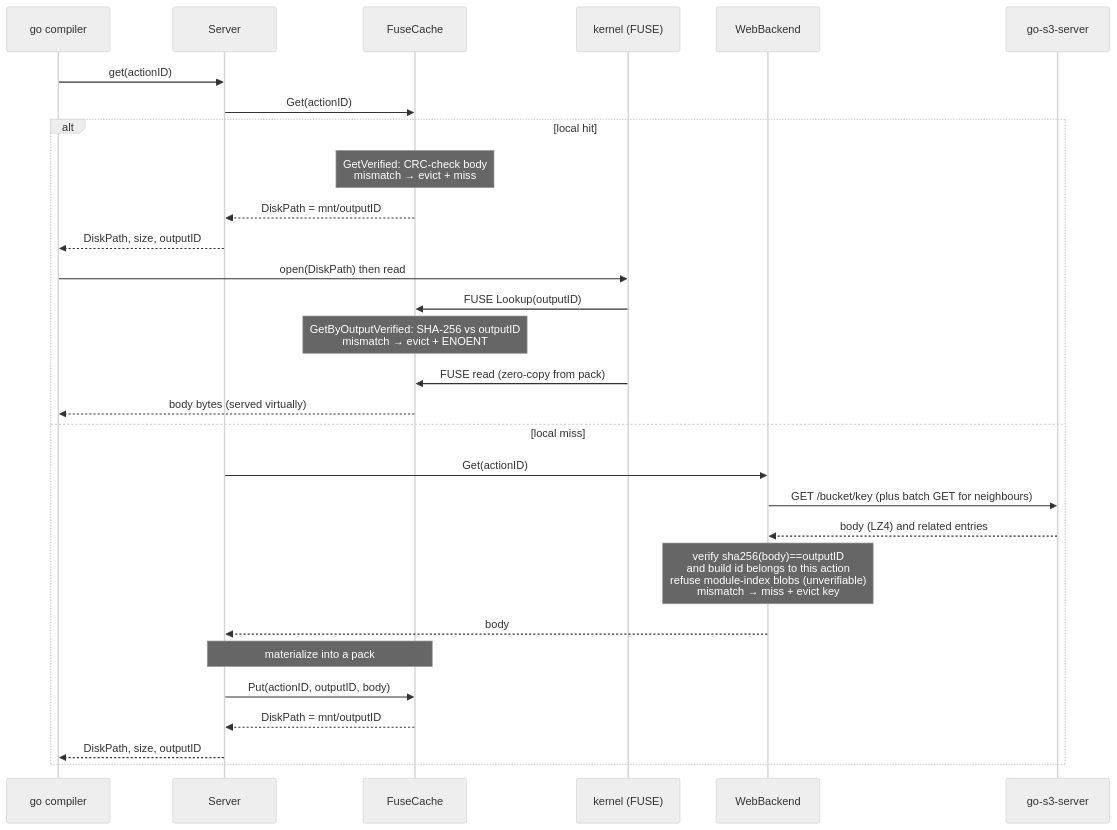
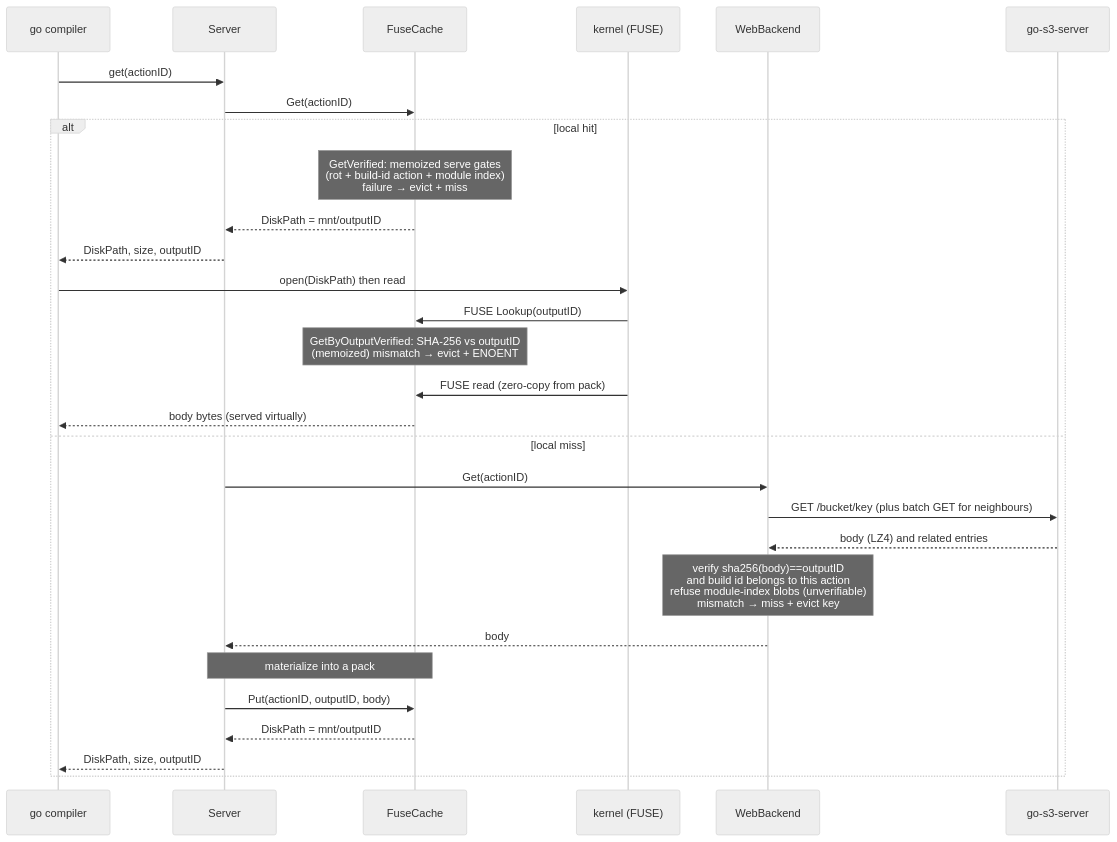
The fourth of 6 diagrams in docs/CACHE.md (wow-look-at-my/go-toolchain), drawn with Mermaid (neutral theme) before and after one commit. The commit also changed other lines of this file and 53 other files, not shown here.

First line of the commit message:
Cache reliability + speed: verified reads on every tier, upload/reclaim fixes, per-action build profiling, provenance metadata (#274)

````diff
--- a/docs/CACHE.md
+++ b/docs/CACHE.md
@@ -240,32 +276,32 @@
 ```mermaid
 sequenceDiagram
     participant Go as go compiler
     participant S as Server
     participant L as FuseCache
     participant K as kernel (FUSE)
     participant W as WebBackend
     participant R as go-s3-server
 
     Go->>S: get(actionID)
     S->>L: Get(actionID)
     alt local hit
-        Note over L: GetVerified: CRC-check body<br/>mismatch → evict + miss
+        Note over L: GetVerified: memoized serve gates<br/>(rot + build-id action + module index)<br/>failure → evict + miss
         L-->>S: DiskPath = mnt/outputID
         S-->>Go: DiskPath, size, outputID
         Go->>K: open(DiskPath) then read
         K->>L: FUSE Lookup(outputID)
-        Note over L: GetByOutputVerified: SHA-256 vs outputID<br/>mismatch → evict + ENOENT
+        Note over L: GetByOutputVerified: SHA-256 vs outputID<br/>(memoized) mismatch → evict + ENOENT
         K->>L: FUSE read (zero-copy from pack)
         L-->>Go: body bytes (served virtually)
     else local miss
         S->>W: Get(actionID)
         W->>R: GET /bucket/key (plus batch GET for neighbours)
         R-->>W: body (LZ4) and related entries
         Note over W: verify sha256(body)==outputID<br/>and build id belongs to this action<br/>refuse module-index blobs (unverifiable)<br/>mismatch → miss + evict key
         W-->>S: body
         Note over S,L: materialize into a pack
         S->>L: Put(actionID, outputID, body)
         L-->>S: DiskPath = mnt/outputID
         S-->>Go: DiskPath, size, outputID
     end
 ```
````
